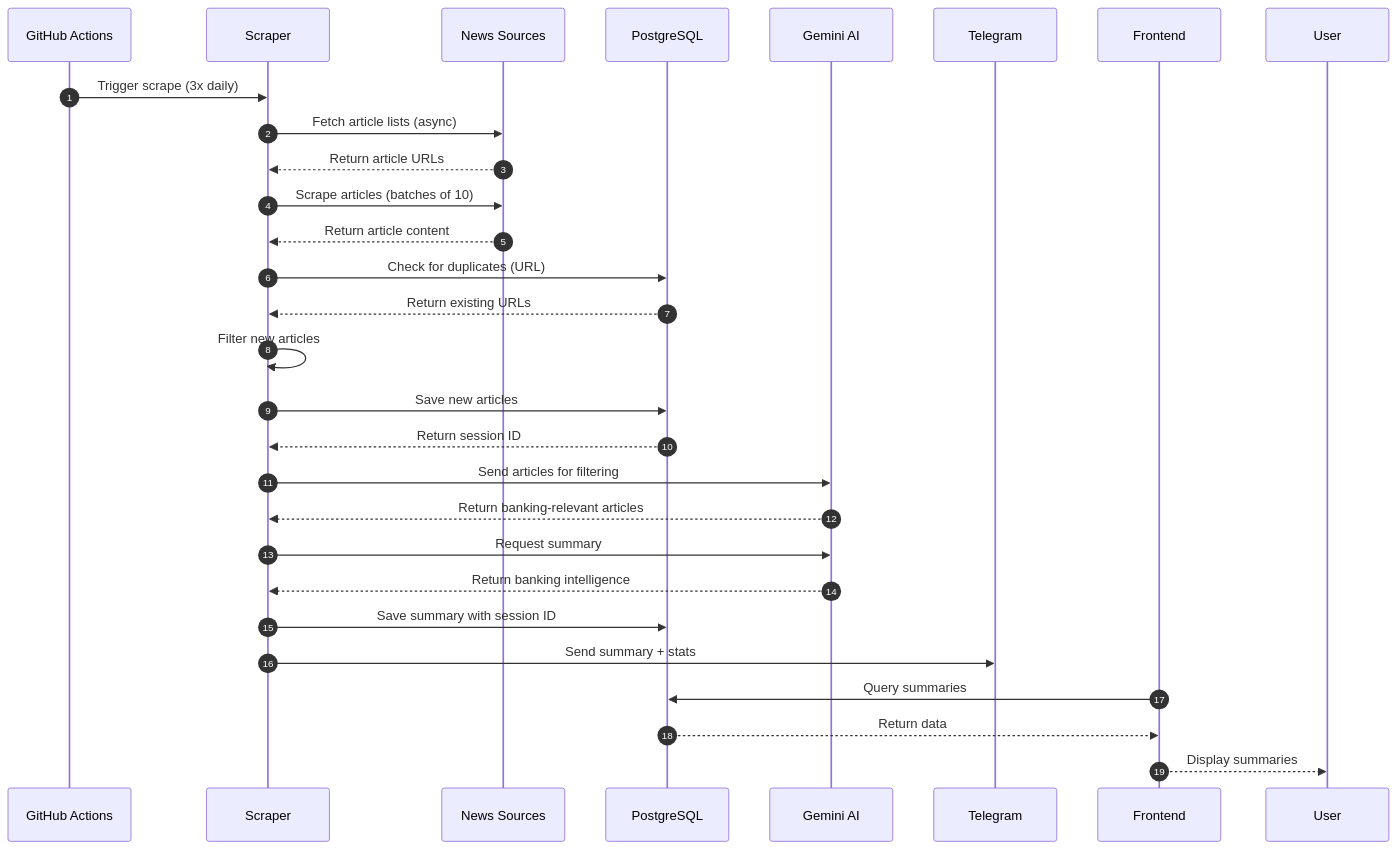
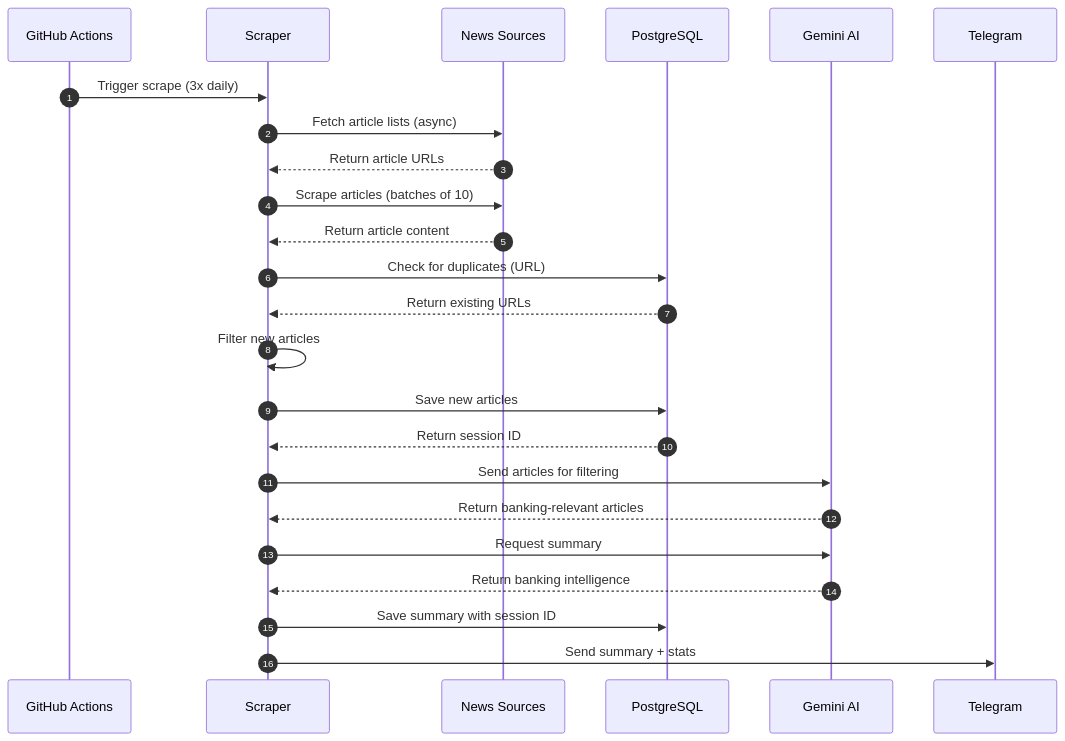
Before and after one commit to GameHelix/cut_the_rope: the second of 5 diagrams in README.md, drawn with Mermaid. The commit also changed other lines of this file and 28 other files, not shown here.

````diff
--- a/README.md
+++ b/README.md
@@ -145,37 +138,32 @@
 ```mermaid
 sequenceDiagram
     autonumber
     participant GH as GitHub Actions
     participant SC as Scraper
     participant SRC as News Sources
     participant DB as PostgreSQL
     participant AI as Gemini AI
     participant TG as Telegram
-    participant FE as Frontend
 
     GH->>SC: Trigger scrape (3x daily)
     SC->>SRC: Fetch article lists (async)
     SRC-->>SC: Return article URLs
     SC->>SRC: Scrape articles (batches of 10)
     SRC-->>SC: Return article content
 
     SC->>DB: Check for duplicates (URL)
     DB-->>SC: Return existing URLs
     SC->>SC: Filter new articles
 
     SC->>DB: Save new articles
     DB-->>SC: Return session ID
 
     SC->>AI: Send articles for filtering
     AI-->>SC: Return banking-relevant articles
 
     SC->>AI: Request summary
     AI-->>SC: Return banking intelligence
 
     SC->>DB: Save summary with session ID
     SC->>TG: Send summary + stats
-
-    FE->>DB: Query summaries
-    DB-->>FE: Return data
-    FE-->>User: Display summaries
 ```
````
